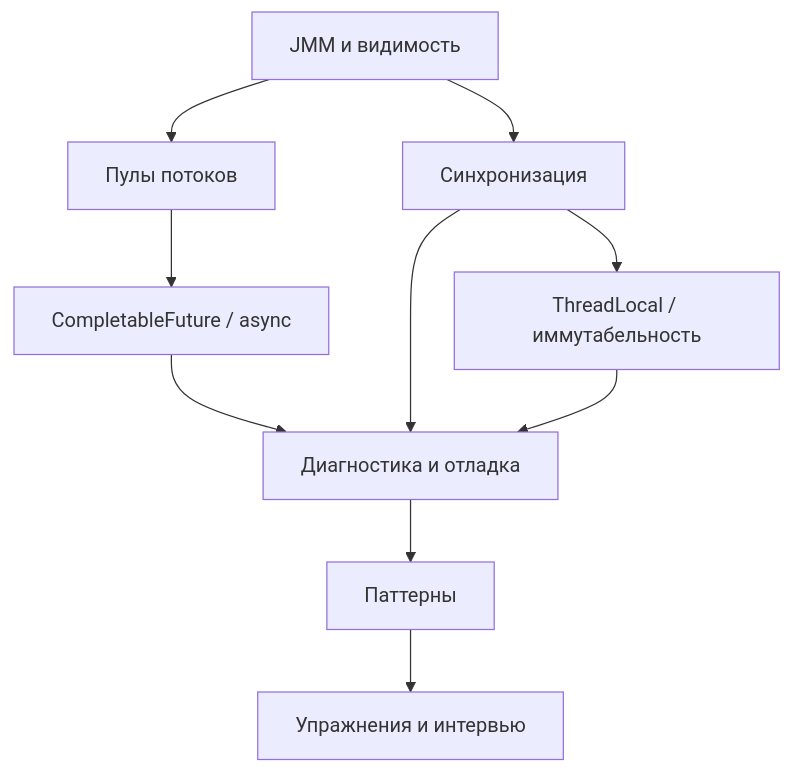
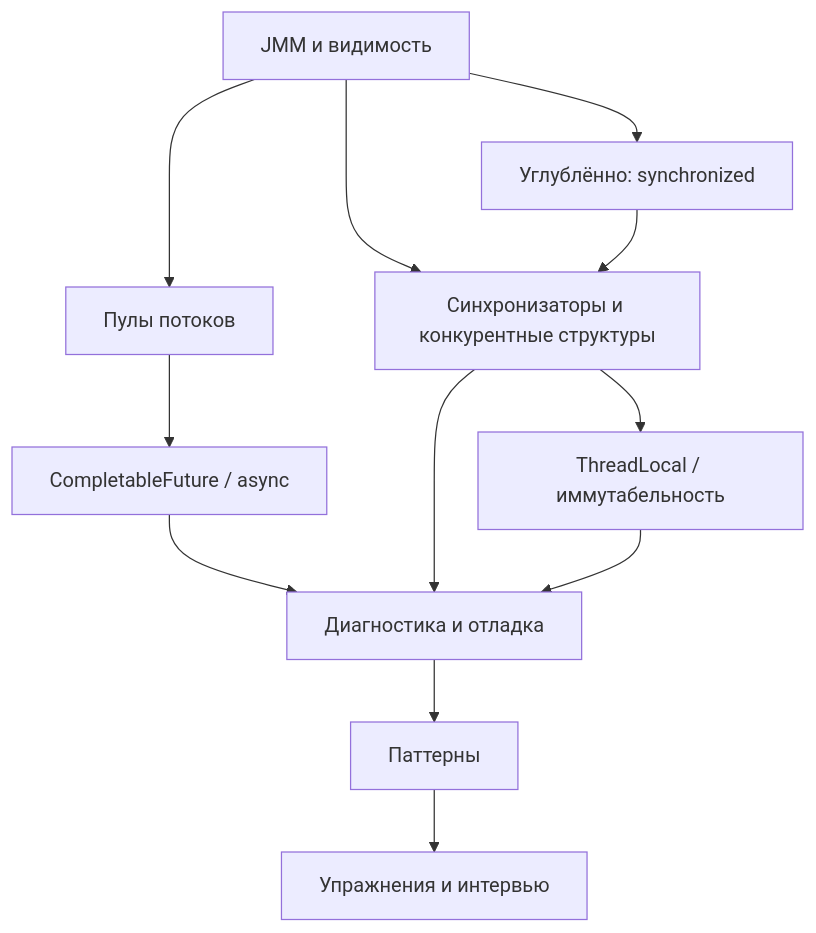
Before and after one commit to dzmitry-ramaniuk/development-info-collector: the diagram in java/multithreading/README.md, drawn with Mermaid. The commit also changed other lines of this file and 2 other files, not shown here.

````diff
--- a/java/multithreading/README.md
+++ b/java/multithreading/README.md
@@ -76,12 +80,14 @@
 ```mermaid
 flowchart TD
     A["JMM и видимость"] --> B["Пулы потоков"]
-    A --> C["Синхронизация"]
+    A --> S["Углублённо: synchronized"]
+    A --> C["Синхронизаторы и конкурентные структуры"]
+    S --> C
     B --> D["CompletableFuture / async"]
     C --> E["ThreadLocal / иммутабельность"]
     D --> F["Диагностика и отладка"]
     C --> F
     E --> F
     F --> G["Паттерны"]
     G --> H["Упражнения и интервью"]
 ```
````
